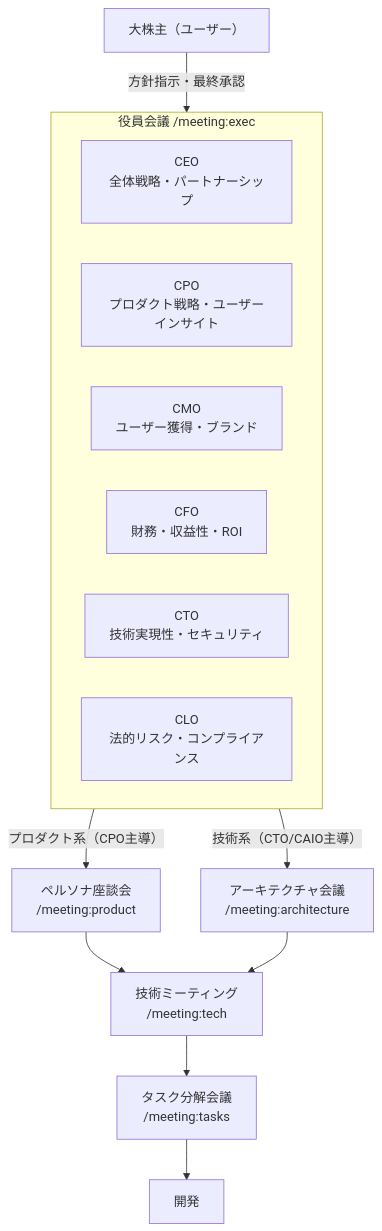
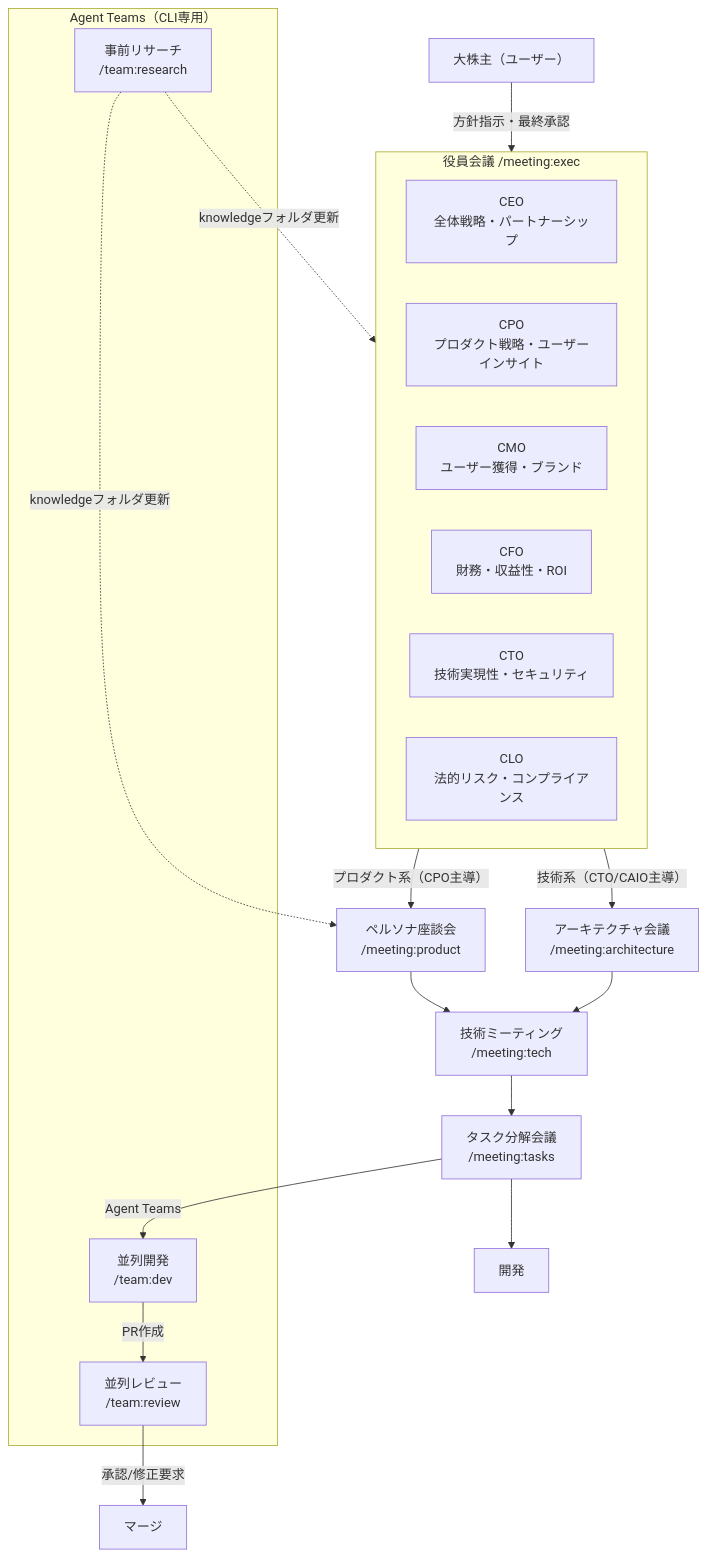
The first of 5 diagrams in docs/team/ORGANIZATION.md (kokiebisu/sumitsugi), drawn with Mermaid before and after one commit. The commit also changed other lines of this file and 2 other files, not shown here.

First line of the commit message:
feat: add /team:research command and Agent Teams pipeline docs

````diff
--- a/docs/team/ORGANIZATION.md
+++ b/docs/team/ORGANIZATION.md
@@ -9,23 +9,35 @@
 ```mermaid
 graph TD
     S["大株主（ユーザー）"]
     S -->|"方針指示・最終承認"| EXEC
 
     subgraph EXEC["役員会議 /meeting:exec"]
         CEO["CEO<br/>全体戦略・パートナーシップ"]
         CPO["CPO<br/>プロダクト戦略・ユーザーインサイト"]
         CMO["CMO<br/>ユーザー獲得・ブランド"]
         CFO["CFO<br/>財務・収益性・ROI"]
         CTO_E["CTO<br/>技術実現性・セキュリティ"]
         CLO["CLO<br/>法的リスク・コンプライアンス"]
     end
 
     EXEC -->|"プロダクト系（CPO主導）"| PROD["ペルソナ座談会<br/>/meeting:product"]
     EXEC -->|"技術系（CTO/CAIO主導）"| ARCH["アーキテクチャ会議<br/>/meeting:architecture"]
 
     PROD --> TECH["技術ミーティング<br/>/meeting:tech"]
     ARCH --> TECH
 
     TECH --> TASKS["タスク分解会議<br/>/meeting:tasks"]
     TASKS --> DEV["開発"]
+
+    subgraph TEAMS["Agent Teams（CLI専用）"]
+        RES["事前リサーチ<br/>/team:research"]
+        TDEV["並列開発<br/>/team:dev"]
+        TREV["並列レビュー<br/>/team:review"]
+    end
+
+    RES -.->|"knowledgeフォルダ更新"| EXEC
+    RES -.->|"knowledgeフォルダ更新"| PROD
+    TASKS -->|"Agent Teams"| TDEV
+    TDEV -->|"PR作成"| TREV
+    TREV -->|"承認/修正要求"| MERGE["マージ"]
 ```
````
